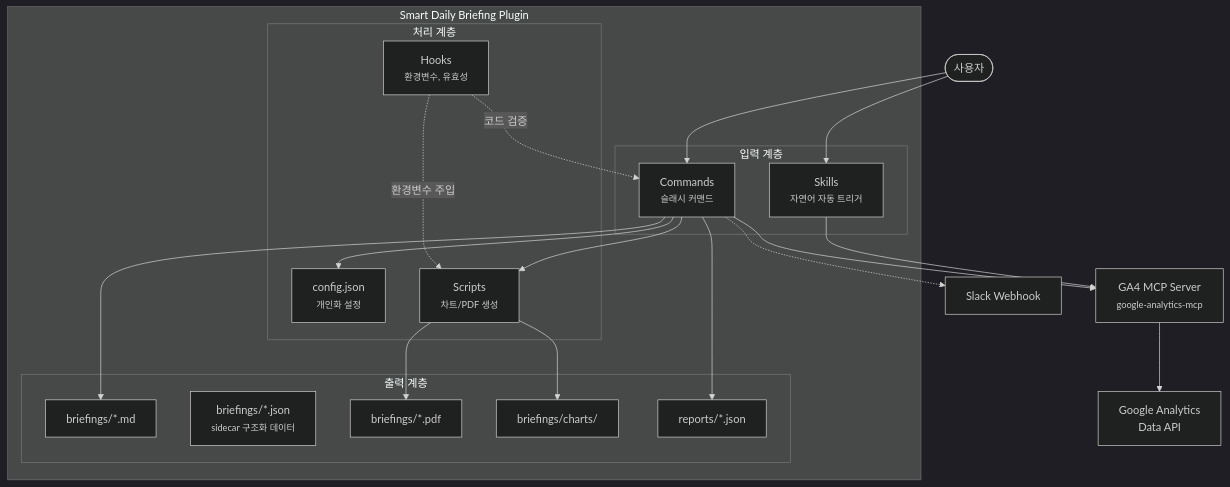
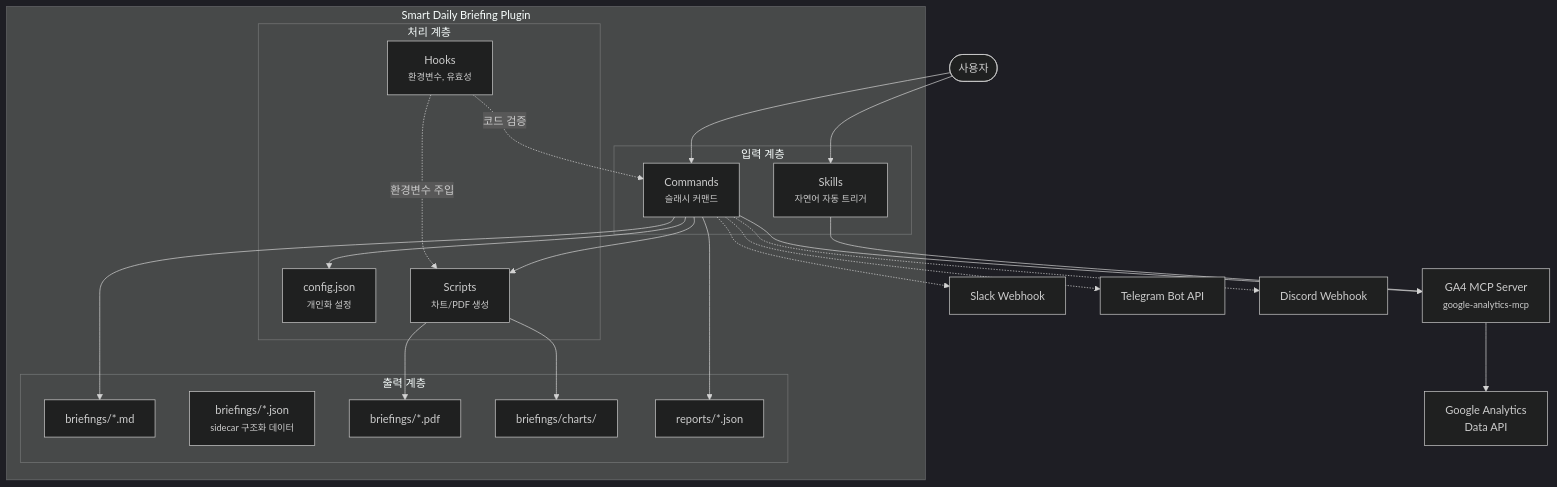
One commit to leeys-dnulbo/smart-daily-briefing changed the first of 10 diagrams in ARCHITECTURE.md. Above: the diagram before and after it, drawn with Mermaid (dark theme). The commit also changed other lines of this file and 33 other files, not shown here.

````diff
--- a/ARCHITECTURE.md
+++ b/ARCHITECTURE.md
@@ -9,44 +9,48 @@
 ```mermaid
 graph TB
     User([사용자])
 
     subgraph Plugin["Smart Daily Briefing Plugin"]
         subgraph Triggers["입력 계층"]
             Skills["Skills<br/><small>자연어 자동 트리거</small>"]
             Commands["Commands<br/><small>슬래시 커맨드</small>"]
         end
 
         subgraph Core["처리 계층"]
             Config["config.json<br/><small>개인화 설정</small>"]
             Scripts["Scripts<br/><small>차트/PDF 생성</small>"]
             Hooks["Hooks<br/><small>환경변수, 유효성</small>"]
         end
 
         subgraph Output["출력 계층"]
             MD["briefings/*.md"]
             JSON["briefings/*.json<br/><small>sidecar 구조화 데이터</small>"]
             PDF["briefings/*.pdf"]
             Charts["briefings/charts/"]
             Reports["reports/*.json"]
         end
     end
 
     MCP["GA4 MCP Server<br/><small>google-analytics-mcp</small>"]
     GA4["Google Analytics<br/>Data API"]
     Slack["Slack Webhook"]
+    Telegram["Telegram Bot API"]
+    Discord["Discord Webhook"]
 
     User --> Skills
     User --> Commands
     Skills --> MCP
     Commands --> MCP
     Commands --> Config
     Commands --> Scripts
     MCP --> GA4
     Scripts --> Charts
     Scripts --> PDF
     Commands --> MD
     Commands --> Reports
     Hooks -.->|환경변수 주입| Scripts
     Hooks -.->|코드 검증| Commands
     Commands -.-> Slack
+    Commands -.-> Telegram
+    Commands -.-> Discord
 ```
````
